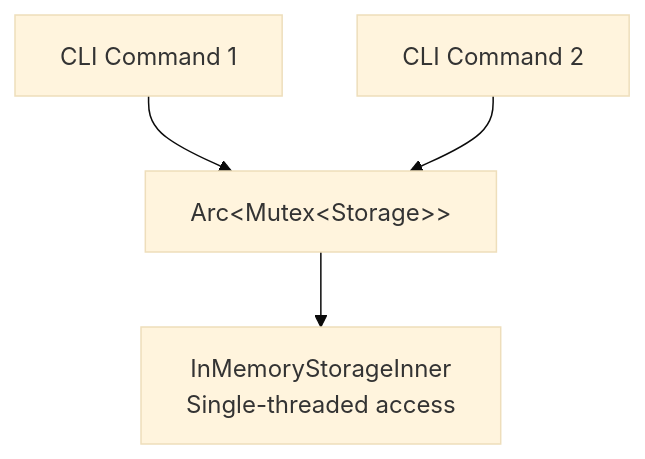
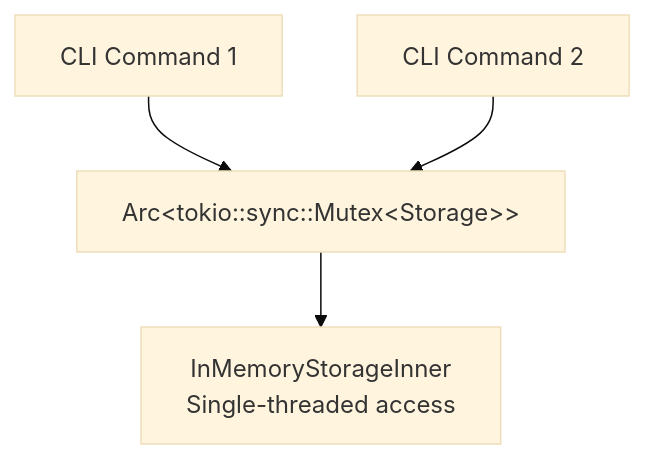
Before and after one commit to dwalleck/rivets: the sixth of 7 diagrams in docs/architecture.md, drawn with Mermaid (base theme). The commit also changed other lines of this file and 4 other files, not shown here.

````diff
--- a/docs/architecture.md
+++ b/docs/architecture.md
@@ -272,6 +319,6 @@
 ```mermaid
 graph TD
-    CLI1[CLI Command 1] --> Lock[Arc&lt;Mutex&lt;Storage&gt;&gt;]
+    CLI1[CLI Command 1] --> Lock[Arc&lt;tokio::sync::Mutex&lt;Storage&gt;&gt;]
     CLI2[CLI Command 2] --> Lock
     Lock --> Inner[InMemoryStorageInner<br/>Single-threaded access]
 ```
````
